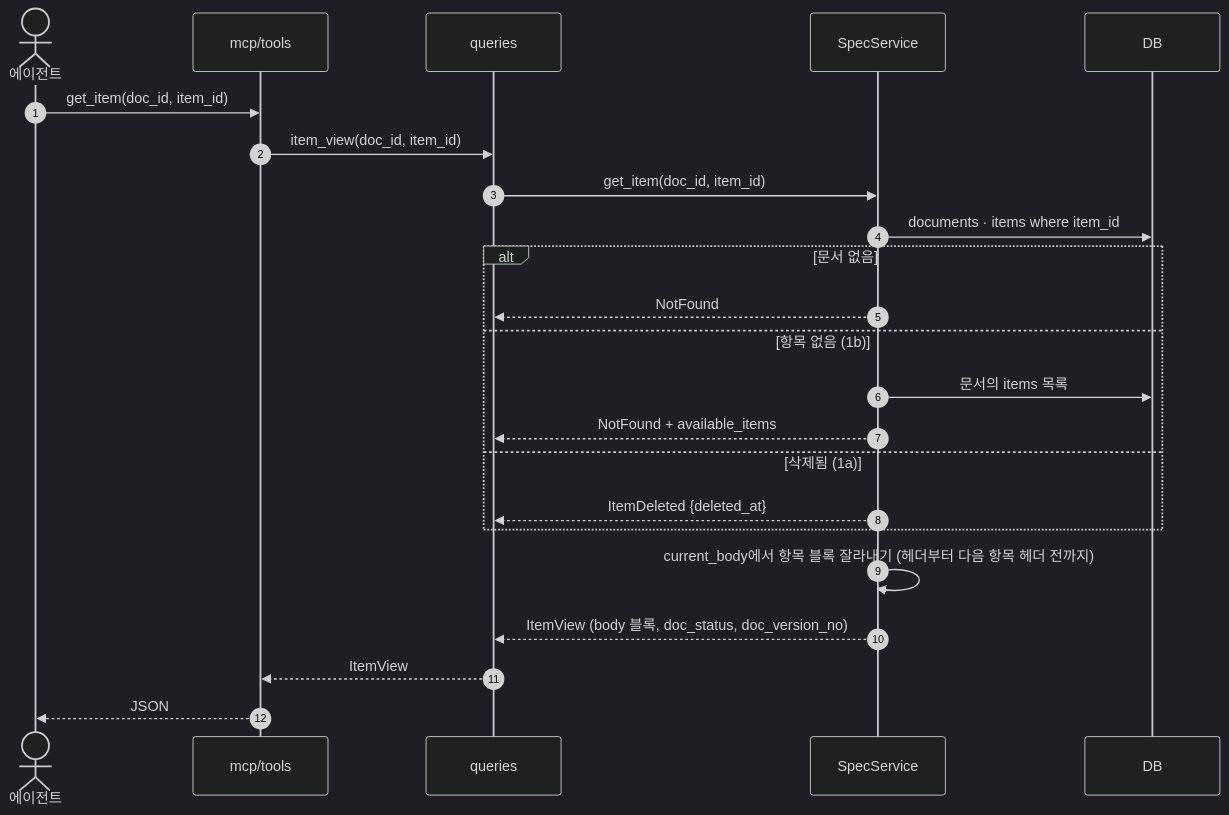
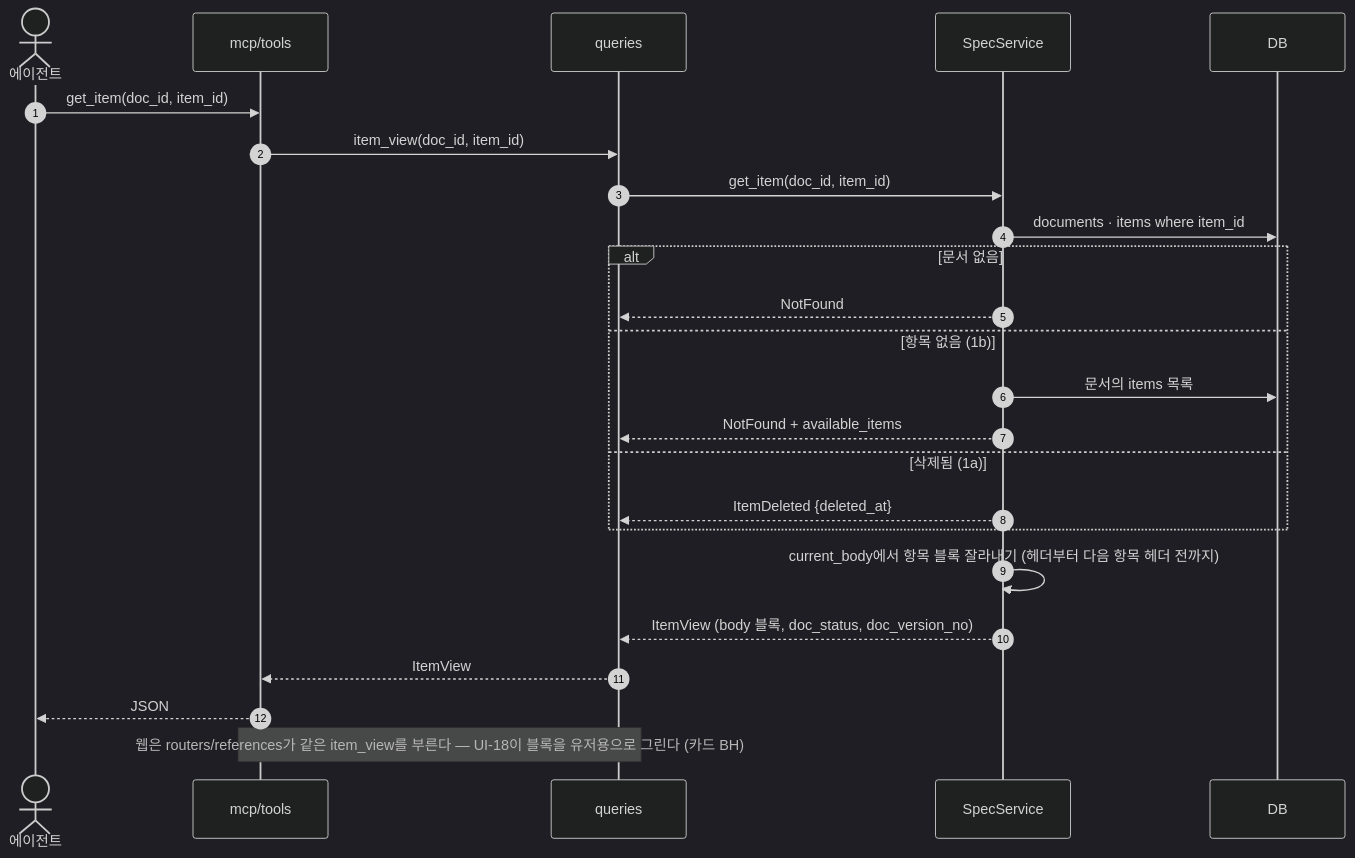
One commit to HoyoungParkme/syncdoc changed the tenth of 30 diagrams in docs/specs/09-SEQ/SYNC-SEQ-001.md. Above: the diagram before and after it, drawn with Mermaid (dark theme). The commit also changed other lines of this file and 16 other files, not shown here.

````diff
--- a/docs/specs/09-SEQ/SYNC-SEQ-001.md
+++ b/docs/specs/09-SEQ/SYNC-SEQ-001.md
@@ -589,26 +589,27 @@
 ```mermaid
 sequenceDiagram
     autonumber
     actor A as 에이전트
     participant T as mcp/tools
     participant Q as queries
     participant S as SpecService
     participant DB
 
     A->>T: get_item(doc_id, item_id)
     T->>Q: item_view(doc_id, item_id)
     Q->>S: get_item(doc_id, item_id)
     S->>DB: documents · items where item_id
     alt 문서 없음
         S-->>Q: NotFound
     else 항목 없음 (1b)
         S->>DB: 문서의 items 목록
         S-->>Q: NotFound + available_items
     else 삭제됨 (1a)
         S-->>Q: ItemDeleted {deleted_at}
     end
     S->>S: current_body에서 항목 블록 잘라내기 (헤더부터 다음 항목 헤더 전까지)
     S-->>Q: ItemView (body 블록, doc_status, doc_version_no)
     Q-->>T: ItemView
     T-->>A: JSON
+    Note over T,Q: 웹은 routers/references가 같은 item_view를 부른다 — UI-18이 블록을 유저용으로 그린다 (카드 BH)
 ```
````
